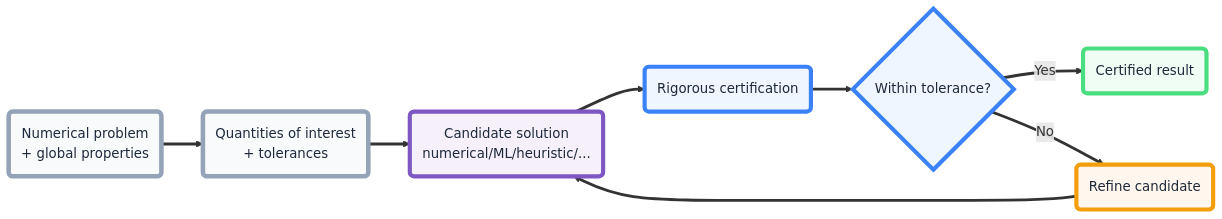
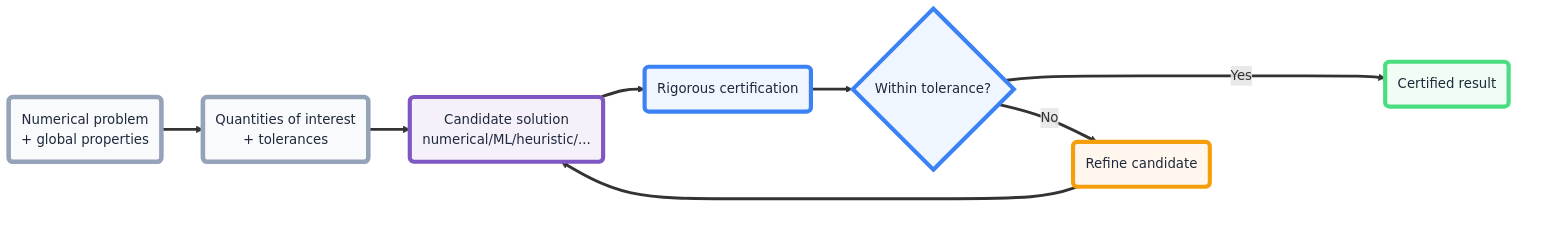
Before and after one commit to Konczer/ExactNumerics: the diagram in README.md, drawn with Mermaid.

Commit message:
README modified with chart

````diff
--- a/README.md
+++ b/README.md
@@ -60,31 +60,44 @@
 ```mermaid
 flowchart LR
 
     A("Numerical problem<br/>+ global properties")
     B("Quantities of interest<br/>+ tolerances")
     C("Candidate solution<br/>numerical/ML/heuristic/...")
     D("Rigorous certification")
     E{"Within tolerance?"}
     F("Certified result")
     G("Refine candidate")
 
     A ==> B
     B ==> C
     C ==> D
     D ==> E
     E ==>|Yes| F
     E ==>|No| G
     G ==> C
 
+    %% Invisible helper node used only for layout 
+    X["....."] 
+    %% Invisible layout links 
+    
+    G ~~~ X
+    X ~~~ F
+    X ~~~ D
+    X ~~~ X 
+    
+
+    %% Hide helper node 
+    style X fill:transparent,stroke:transparent,color:transparent
+
     classDef normal fill:#f8fafc,stroke:#94a3b8,stroke-width:5.5px,color:#1e293b;
     classDef comp fill:#f5f0fa,stroke:#7e57c2,stroke-width:5px,color:#1e293b;
     classDef cert fill:#eff6ff,stroke:#3b82f6,stroke-width:5px,color:#1e293b;
     classDef success fill:#f0fdf4,stroke:#4ade80,stroke-width:5px,color:#1e293b;
     classDef retry fill:#fff7ed,stroke:#f59e0b,stroke-width:5px,color:#1e293b;
 
     class A,B normal;
     class C comp;
     class D,E cert;
     class F success;
     class G retry;
 ```
````
